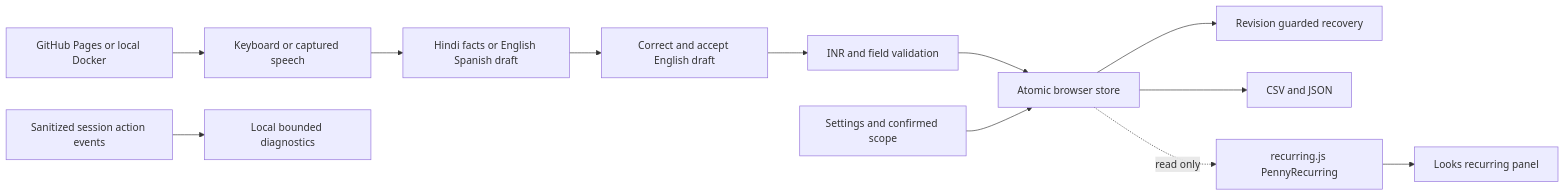
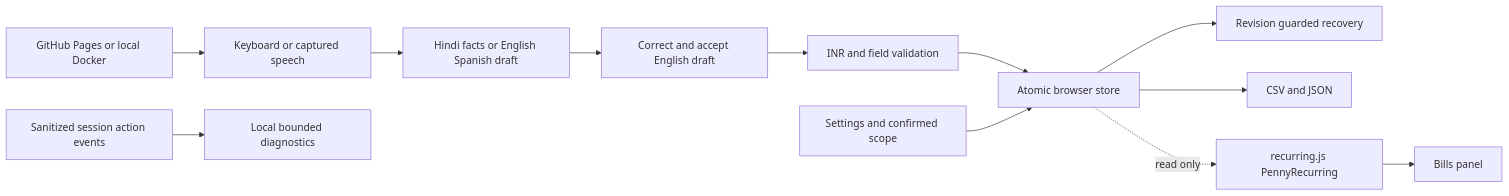
Before and after one commit to debasisr66/PennyExpenseManager: the first of 7 diagrams in docs/ARCHITECTURE.md, drawn with Mermaid. The commit also changed other lines of this file and 17 other files, not shown here.

First line of the commit message:
feat: mark bills as recurring; Bills panel; 3.3.2 (Group B)

````diff
--- a/docs/ARCHITECTURE.md
+++ b/docs/ARCHITECTURE.md
@@ -5,14 +5,14 @@
 ```mermaid
 flowchart LR
   Input[Keyboard or captured speech] --> Facts[Hindi facts or English Spanish draft]
   Facts --> Review[Correct and accept English draft]
   Review --> Validate[INR and field validation]
   Validate --> Store[Atomic browser store]
   Settings[Settings and confirmed scope] --> Store
   Store --> Recovery[Revision guarded recovery]
   Events[Sanitized session action events] --> Logs[Local bounded diagnostics]
   Store --> Export[CSV and JSON]
   Store -. read only .-> Recurring[recurring.js PennyRecurring]
-  Recurring --> Panel[Looks recurring panel]
+  Recurring --> Panel[Bills panel]
   GitHub[GitHub Pages or local Docker] --> Input
 ```
````
